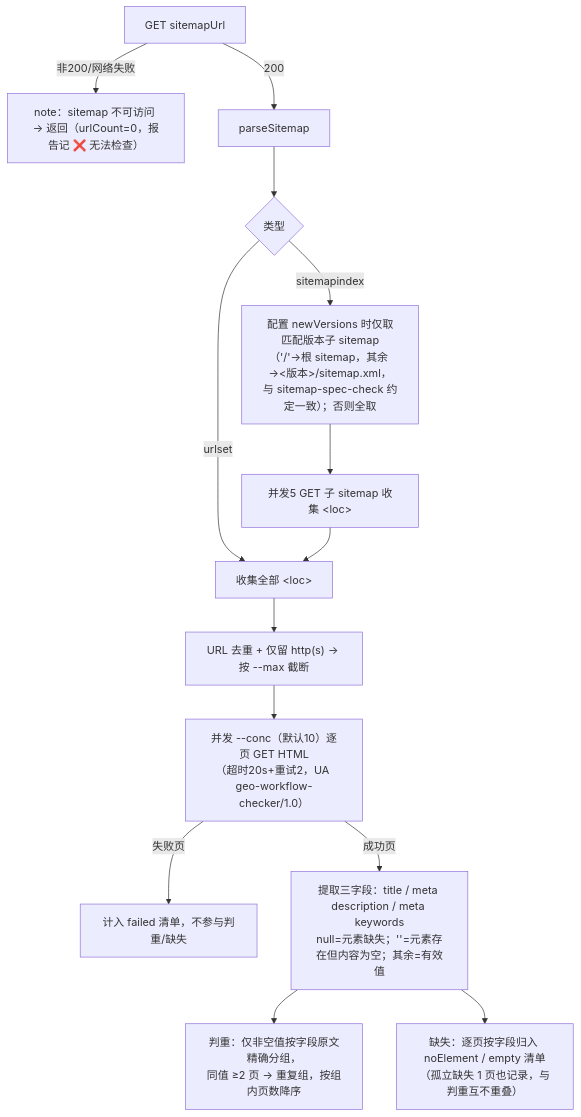
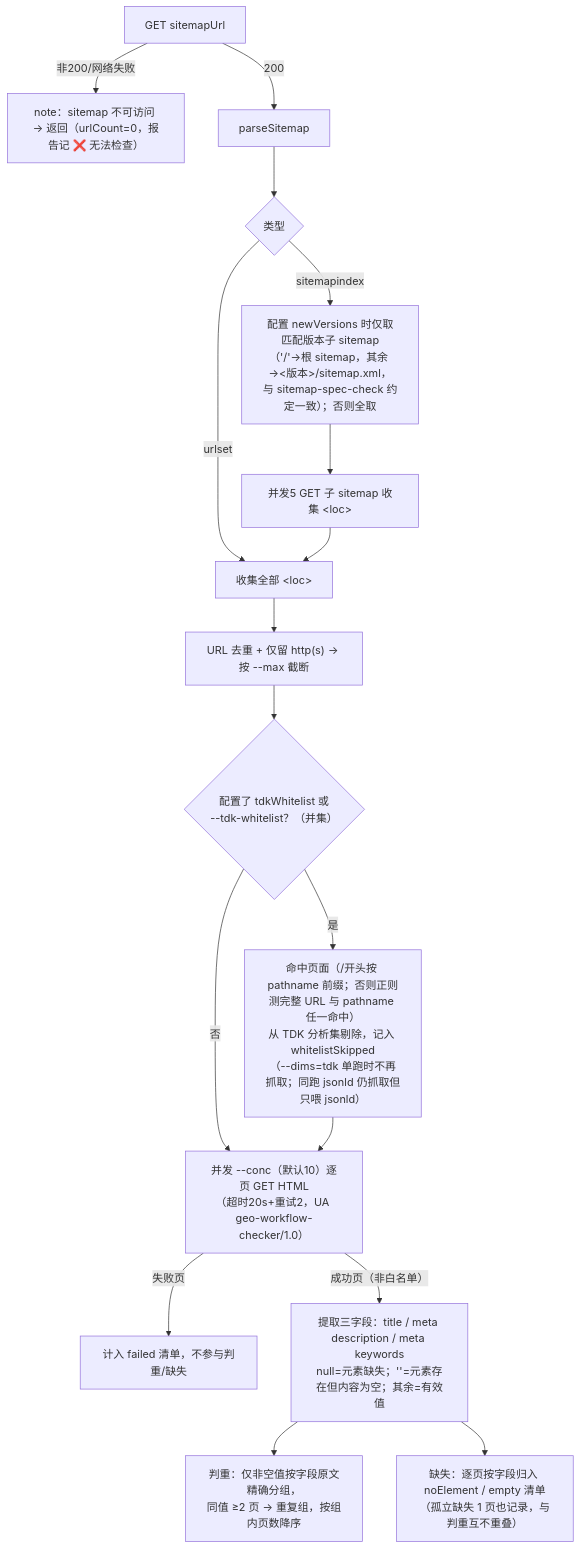
One commit to opensourceways/daily-check-workflow changed the second of 2 diagrams in measures/05-tdk/工具与脚本.md. Above: the diagram before and after it, drawn with Mermaid. The commit also changed other lines of this file and 4 other files, not shown here.

Commit message:
feat(tdk-jsonld): page-level skip whitelist for TDK dim (tdkWhitelist config + --tdk-whitelist); openEuler-portal skips zh/en sig/blog/news single-segment pages

````diff
--- a/measures/05-tdk/工具与脚本.md
+++ b/measures/05-tdk/工具与脚本.md
@@ -107,16 +118,19 @@
 ```mermaid
 flowchart TD
     A["GET sitemapUrl"] -->|"非200/网络失败"| E1["note：sitemap 不可访问 → 返回（urlCount=0，报告记 ❌ 无法检查）"]
     A -->|"200"| B["parseSitemap"]
     B --> C{"类型"}
     C -->|"urlset"| D["收集全部 &lt;loc&gt;"]
     C -->|"sitemapindex"| V["配置 newVersions 时仅取匹配版本子 sitemap<br/>（'/'→根 sitemap，其余 →&lt;版本&gt;/sitemap.xml，<br/>与 sitemap-spec-check 约定一致）；否则全取"]
     V --> W["并发5 GET 子 sitemap 收集 &lt;loc&gt;"]
     W --> D
     D --> U["URL 去重 + 仅留 http(s) → 按 --max 截断"]
-    U --> F["并发 --conc（默认10）逐页 GET HTML<br/>（超时20s+重试2，UA geo-workflow-checker/1.0）"]
+    U --> WL{"配置了 tdkWhitelist 或<br/>--tdk-whitelist？（并集）"}
+    WL -->|"是"| WL2["命中页面（/开头按 pathname 前缀；否则正则测完整 URL 与 pathname 任一命中）<br/>从 TDK 分析集剔除，记入 whitelistSkipped<br/>（--dims=tdk 单跑时不再抓取；同跑 jsonld 仍抓取但只喂 jsonld）"]
+    WL -->|"否"| F
+    WL2 --> F["并发 --conc（默认10）逐页 GET HTML<br/>（超时20s+重试2，UA geo-workflow-checker/1.0）"]
     F -->|"失败页"| X1["计入 failed 清单，不参与判重/缺失"]
-    F -->|"成功页"| X2["提取三字段：title / meta description / meta keywords<br/>null=元素缺失；''=元素存在但内容为空；其余=有效值"]
+    F -->|"成功页（非白名单）"| X2["提取三字段：title / meta description / meta keywords<br/>null=元素缺失；''=元素存在但内容为空；其余=有效值"]
     X2 --> G["判重：仅非空值按字段原文精确分组，<br/>同值 ≥2 页 → 重复组，按组内页数降序"]
     X2 --> H["缺失：逐页按字段归入 noElement / empty 清单<br/>（孤立缺失 1 页也记录，与判重互不重叠）"]
 ```
````
